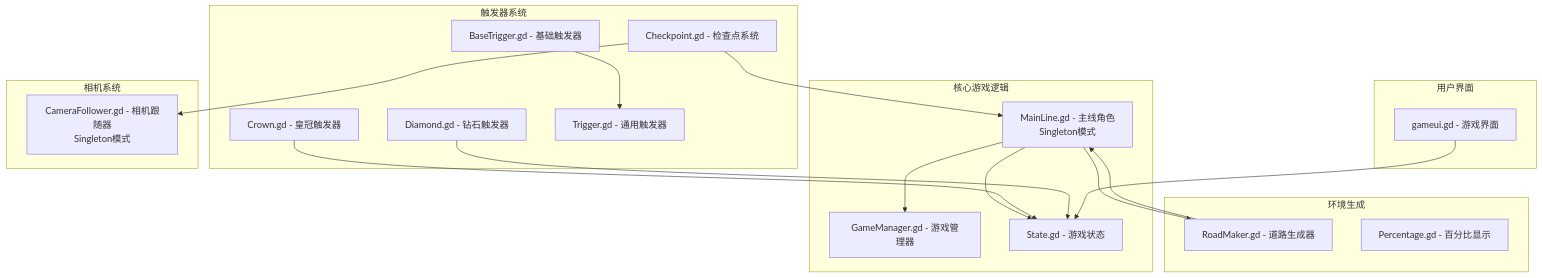
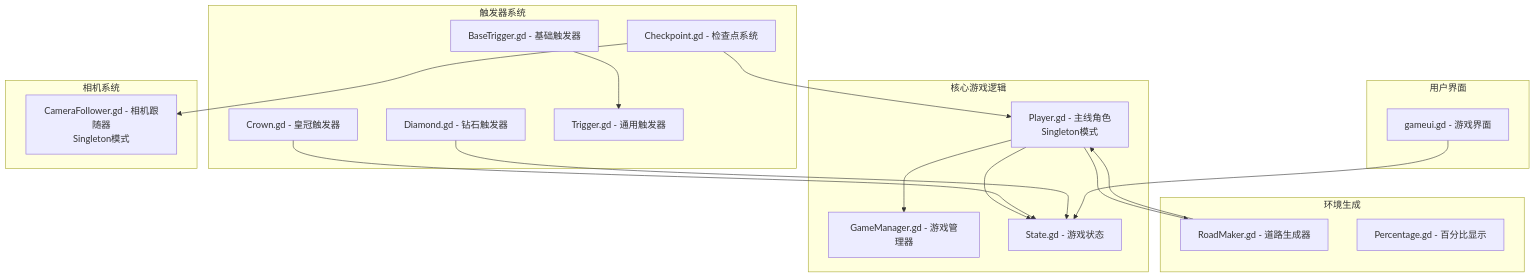
Before and after one commit to godotline/godot-line: the first of 13 diagrams in .qoder/repowiki/zh/content/Mainline Script.md, drawn with Mermaid. The commit also changed other lines of this file and 18 other files, not shown here.

````diff
--- a/.qoder/repowiki/zh/content/Mainline Script.md
+++ b/.qoder/repowiki/zh/content/Mainline Script.md
@@ -47,35 +48,35 @@
 ```mermaid
 graph TB
 subgraph "核心游戏逻辑"
-ML[MainLine.gd - 主线角色<br/>Singleton模式]
+PL[Player.gd - 主线角色<br/>Singleton模式]
 GM[GameManager.gd - 游戏管理器]
 ST[State.gd - 游戏状态]
 end
 subgraph "环境生成"
 RM[RoadMaker.gd - 道路生成器]
 PERC[Percentage.gd - 百分比显示]
 end
 subgraph "用户界面"
 GUI[gameui.gd - 游戏界面]
 end
 subgraph "触发器系统"
 BT[BaseTrigger.gd - 基础触发器]
 CT[Crown.gd - 皇冠触发器]
 DT[Diamond.gd - 钻石触发器]
 TR[Trigger.gd - 通用触发器]
 CP[Checkpoint.gd - 检查点系统]
 end
 subgraph "相机系统"
 CF[CameraFollower.gd - 相机跟随器<br/>Singleton模式]
 end
-ML --> RM
-ML --> ST
-ML --> GM
-RM --> ML
+PL --> RM
+PL --> ST
+PL --> GM
+RM --> PL
 CT --> ST
 DT --> ST
 GUI --> ST
 BT --> TR
 CP --> CF
-CP --> ML
+CP --> PL
 ```
````
